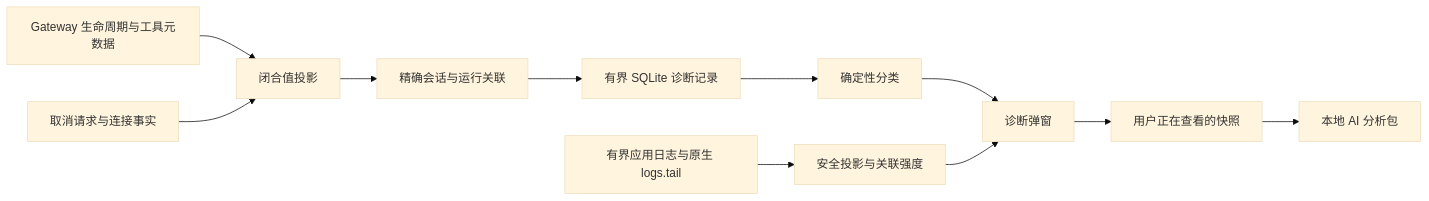
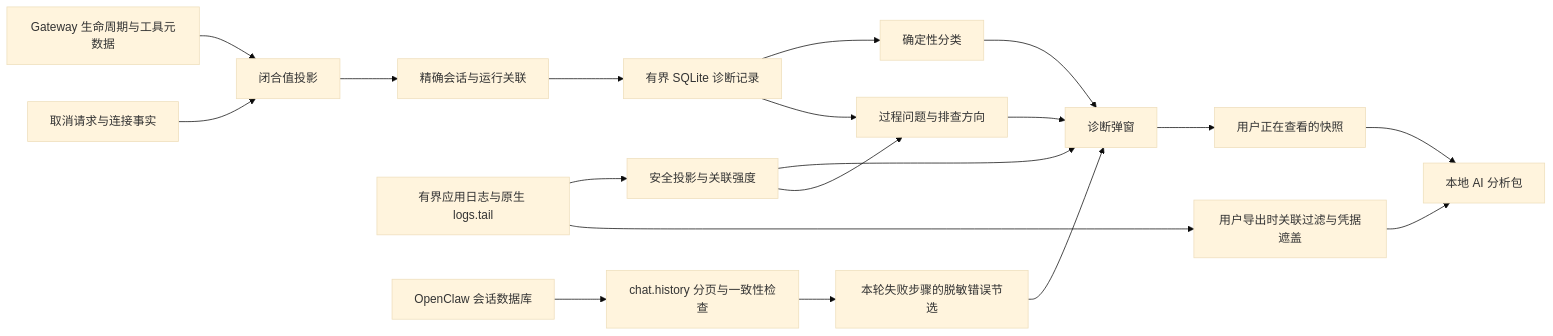
The diagram in docs/features/session-diagnostics.md (liangxhao/JustDo), drawn with Mermaid (base theme) before and after one commit. The commit also changed other lines of this file and 28 other files, not shown here.

````diff
--- a/docs/features/session-diagnostics.md
+++ b/docs/features/session-diagnostics.md
@@ -19,13 +28,21 @@
 ```mermaid
 flowchart LR
   GW[Gateway 生命周期与工具元数据] --> Projection[闭合值投影]
   Local[取消请求与连接事实] --> Projection
   Projection --> Identity[精确会话与运行关联]
   Identity --> DB[有界 SQLite 诊断记录]
   DB --> Rules[确定性分类]
   Rules --> UI[诊断弹窗]
   Logs[有界应用日志与原生 logs.tail] --> SafeLogs[安全投影与关联强度]
   SafeLogs --> UI
+  DB --> Findings[过程问题与排查方向]
+  SafeLogs --> Findings
+  NativeDB[OpenClaw 会话数据库] --> History[chat.history 分页与一致性检查]
+  History --> Excerpts[本轮失败步骤的脱敏错误节选]
+  Excerpts --> UI
+  Findings --> UI
   UI --> Snapshot[用户正在查看的快照]
   Snapshot --> ZIP[本地 AI 分析包]
+  Logs --> ExportOnly[用户导出时关联过滤与凭据遮盖]
+  ExportOnly --> ZIP
 ```
````
